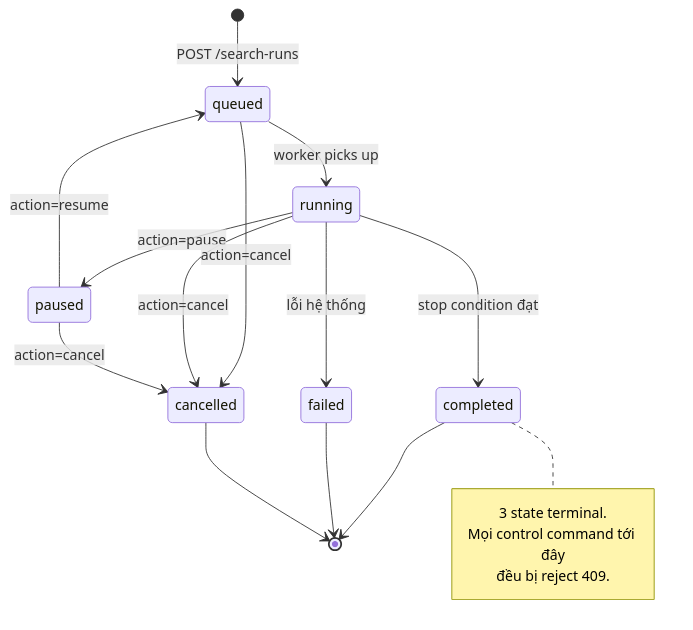
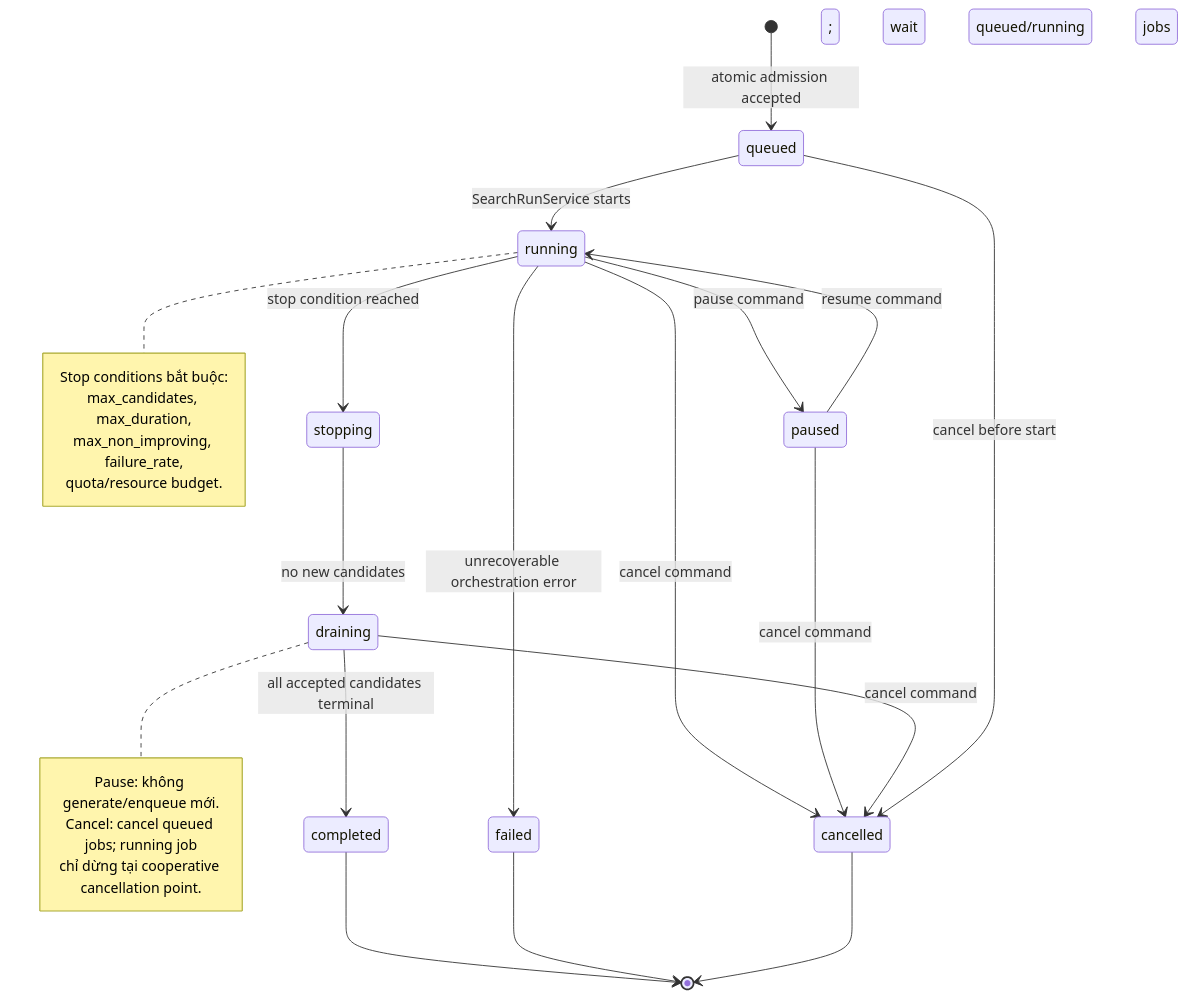
The diagram in blueprint/assets/diagrams/12-search-run-state.mmd (EnsoTech-Studio/CryptoBot), drawn with Mermaid before and after one commit. The commit also changed other lines of this file and 139 other files, not shown here.

```diff
--- a/blueprint/assets/diagrams/12-search-run-state.mmd
+++ b/blueprint/assets/diagrams/12-search-run-state.mmd
@@ -1,19 +1,29 @@
 stateDiagram-v2
-    [*] --> queued : POST /search-runs
-    queued --> running : worker picks up
-    running --> paused : action=pause
-    paused --> queued : action=resume
-    running --> completed : stop condition đạt
-    running --> failed : lỗi hệ thống
-    queued --> cancelled : action=cancel
-    running --> cancelled : action=cancel
-    paused --> cancelled : action=cancel
+    [*] --> queued : atomic admission accepted
+    queued --> running : SearchRunService starts
+    running --> paused : pause command
+    paused --> running : resume command
+    running --> stopping : stop condition reached
+    stopping --> draining : no new candidates; wait queued/running jobs
+    draining --> completed : all accepted candidates terminal
+    running --> cancelled : cancel command
+    paused --> cancelled : cancel command
+    draining --> cancelled : cancel command
+    running --> failed : unrecoverable orchestration error
+    queued --> cancelled : cancel before start
     completed --> [*]
     failed --> [*]
     cancelled --> [*]
 
-    note right of completed
-        3 state terminal.
-        Mọi control command tới đây
-        đều bị reject 409.
+    note right of running
+        Stop conditions bắt buộc:
+        max_candidates, max_duration,
+        max_non_improving, failure_rate,
+        quota/resource budget.
     end note
+
+    note right of draining
+        Pause: không generate/enqueue mới.
+        Cancel: cancel queued jobs; running job
+        chỉ dừng tại cooperative cancellation point.
+    end note
```
